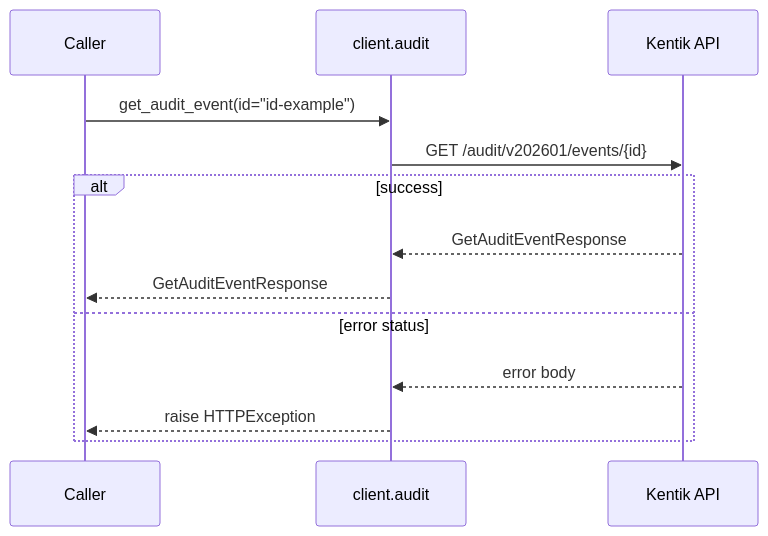
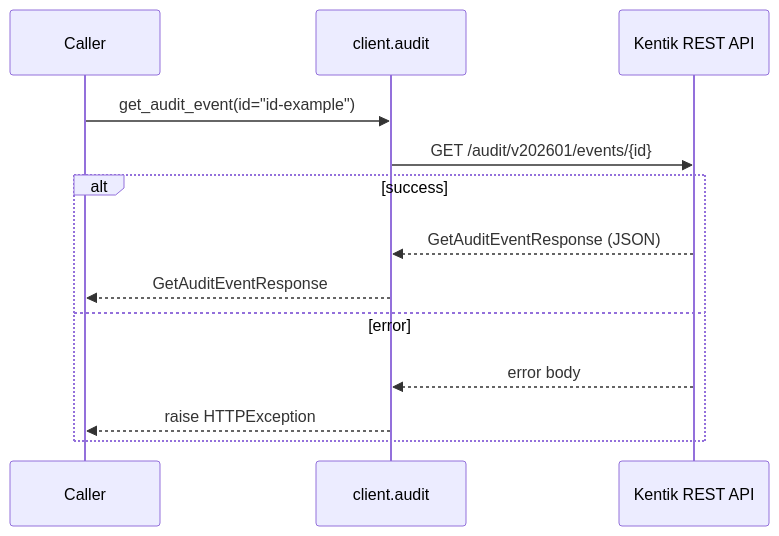
Before and after one commit to alexdearaujo/community_sdk_python: the fourth of 8 diagrams in docs/sphinx/services/audit.md, drawn with Mermaid. The commit also changed other lines of this file and 61 other files, not shown here.

````diff
--- a/docs/sphinx/services/audit.md
+++ b/docs/sphinx/services/audit.md
@@ -84,16 +111,16 @@
 ```mermaid
 sequenceDiagram
     participant C as Caller
     participant W as client.audit
-    participant API as Kentik API
+    participant API as Kentik REST API
 
     C->>W: get_audit_event(id="id-example")
     W->>API: GET /audit/v202601/events/{id}
     alt success
-        API-->>W: GetAuditEventResponse
+        API-->>W: GetAuditEventResponse (JSON)
         W-->>C: GetAuditEventResponse
-    else error status
+    else error
         API-->>W: error body
         W-->>C: raise HTTPException
     end
 ```
````
